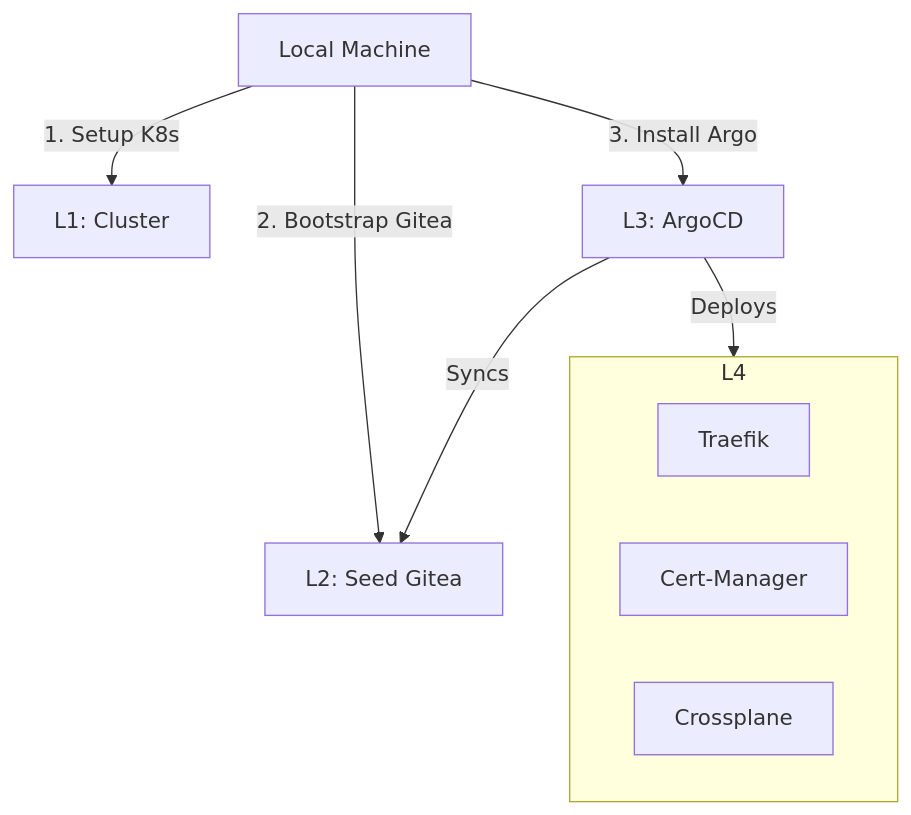
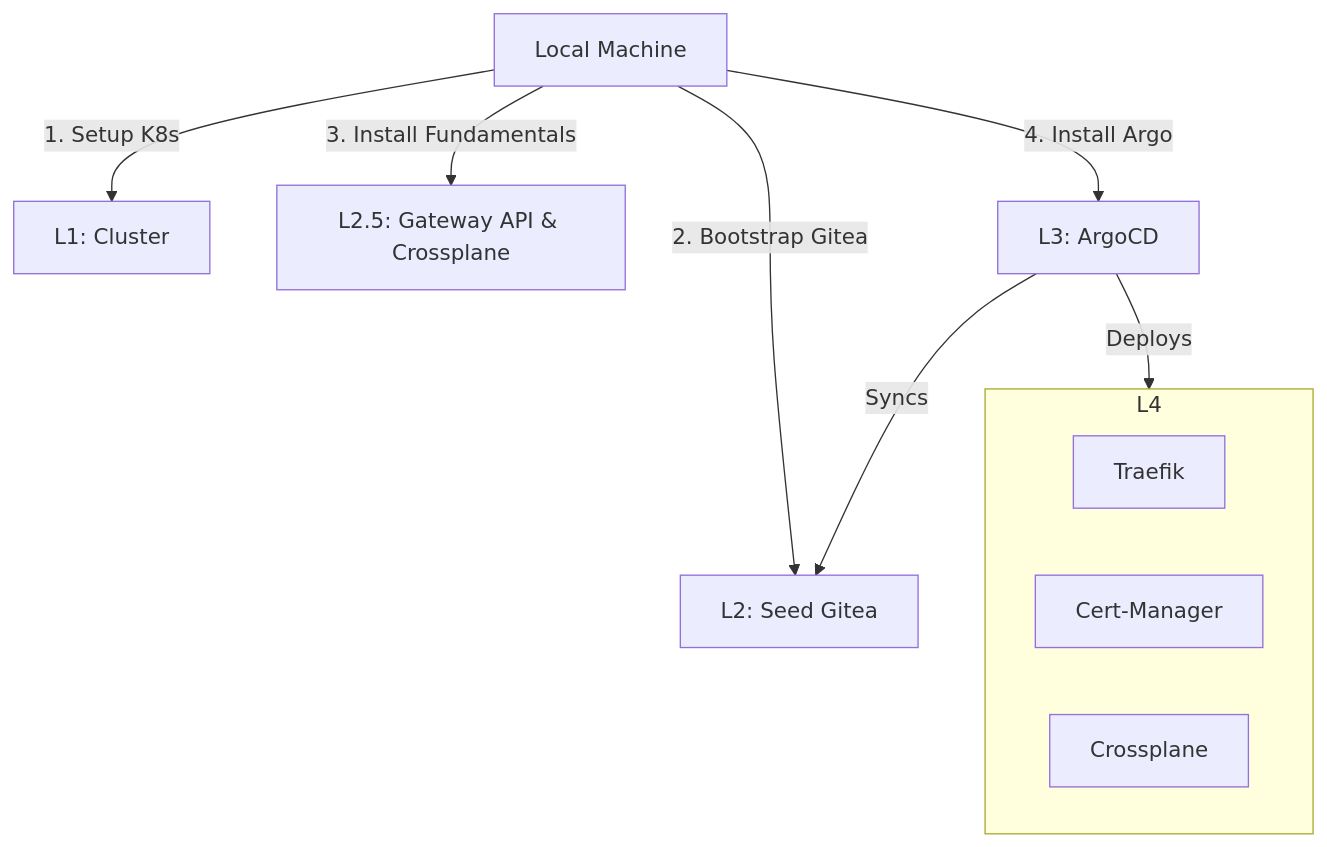
The first of 2 diagrams in docs/bootstrap.md (SiliconSaga/nordri), drawn with Mermaid before and after one commit. The commit also changed other lines of this file and 25 other files, not shown here.

Commit message:
Solid chunk of work from testing, grab Garage chart for local, update versions, etc

````diff
--- a/docs/bootstrap.md
+++ b/docs/bootstrap.md
@@ -52,16 +56,17 @@
 ```mermaid
 graph TD
     Local[Local Machine] -->|1. Setup K8s| L1[L1: Cluster]
     Local -->|2. Bootstrap Gitea| L2[L2: Seed Gitea]
-    Local -->|3. Install Argo| L3[L3: ArgoCD]
+    Local -->|3. Install Fundamentals| L2.5[L2.5: Gateway API & Crossplane]
+    Local -->|4. Install Argo| L3[L3: ArgoCD]
     
     L3 -->|Syncs| L2
     
     L3 -->|Deploys| L4[L4: Fundamentals]
     
     subgraph L4
         Traefik
         CertMgr[Cert-Manager]
         Crossplane
     end
 ```
````
